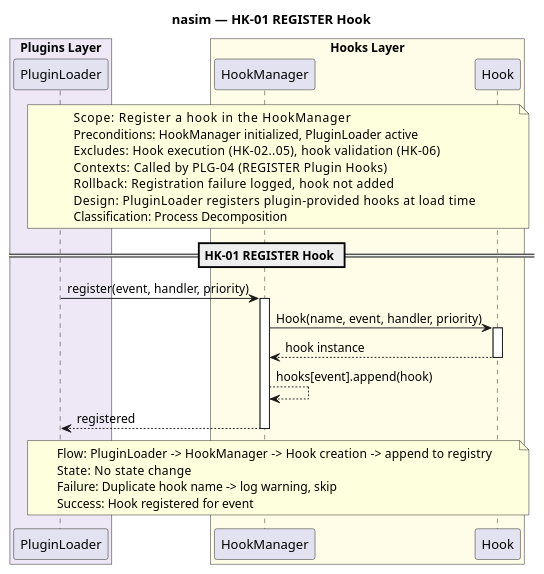
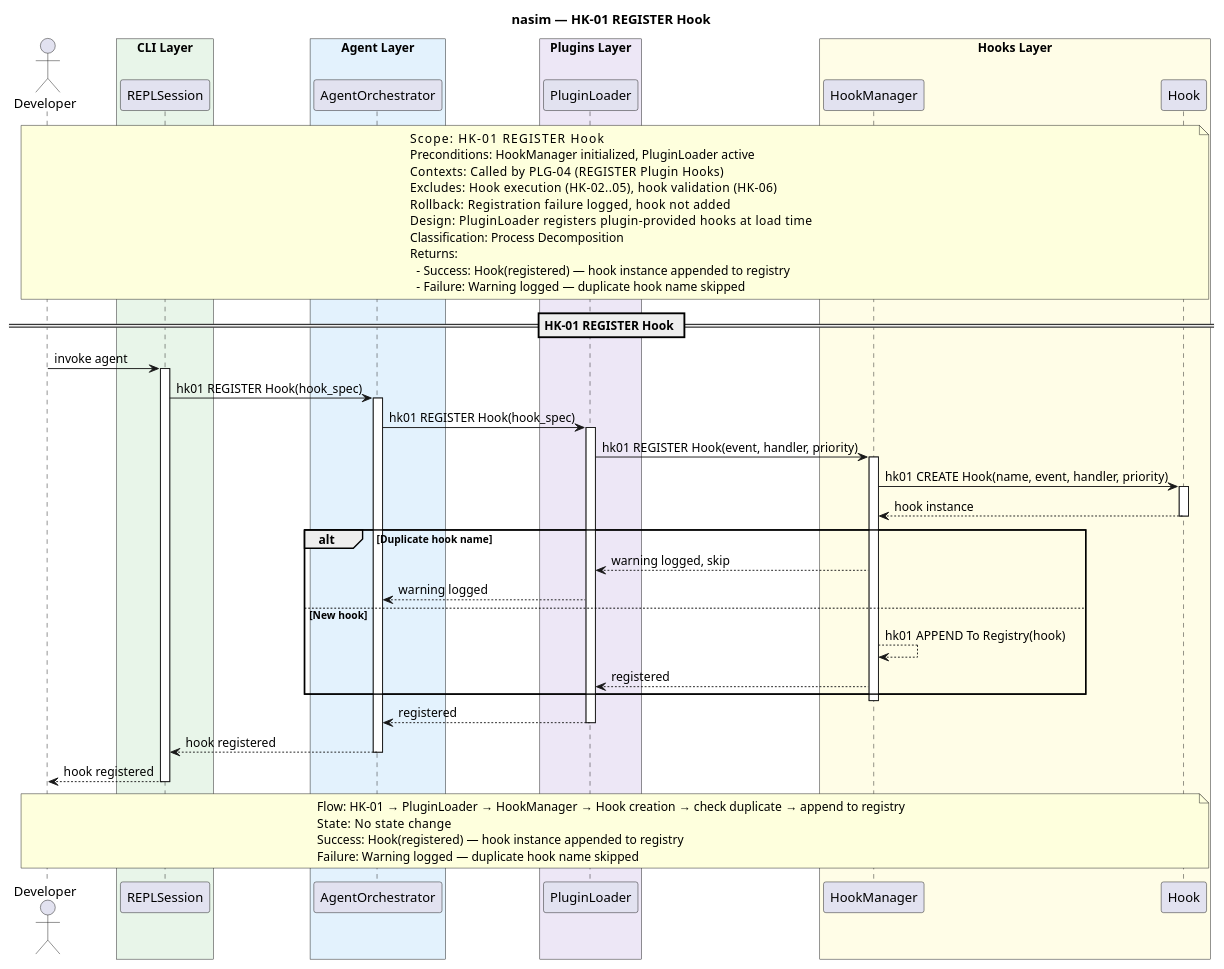
Before and after one commit to salimnamvar/nasim: the diagram in docs/SQ/HK/sq_hk01_register_hook.puml, drawn with PlantUML. The commit also changed 148 other files, not shown here.

```diff
--- a/docs/SQ/HK/sq_hk01_register_hook.puml
+++ b/docs/SQ/HK/sq_hk01_register_hook.puml
@@ -1,51 +1,81 @@
 @startuml sq_hk01_register_hook
 ' ============================================================
 ' Title:     HK-01 — REGISTER Hook
 ' Boundary:  nasim code agent
 ' Purpose:   Register a hook in the HookManager
 ' Milestone: v1.0
-' Version:   2.0.0
+' Version:   3.0.0
 ' Source:    docs/UC/README.md
 ' Review:    docs/SQ/README.md
 ' ============================================================
 
 title nasim — HK-01 REGISTER Hook
 
+actor "Developer" as user
+
+box "CLI Layer" #E8F5E9
+  participant "REPLSession" as repl
+end box
+box "Agent Layer" #E3F2FD
+  participant "AgentOrchestrator" as agent
+end box
 box "Plugins Layer" #EDE7F6
   participant "PluginLoader" as loader
 end box
 box "Hooks Layer" #FFFDE7
   participant "HookManager" as hooks
   participant "Hook" as hook
 end box
 
-note over loader, hook
-  Scope:          Register a hook in the HookManager
+note over user, hook
+  Scope:          HK-01 REGISTER Hook
   Preconditions:  HookManager initialized, PluginLoader active
+  Contexts:       Called by PLG-04 (REGISTER Plugin Hooks)
   Excludes:       Hook execution (HK-02..05), hook validation (HK-06)
-  Contexts:       Called by PLG-04 (REGISTER Plugin Hooks)
   Rollback:       Registration failure logged, hook not added
   Design:         PluginLoader registers plugin-provided hooks at load time
   Classification: Process Decomposition
+  Returns:
+    - Success: Hook(registered) — hook instance appended to registry
+    - Failure: Warning logged — duplicate hook name skipped
 end note
 
 == HK-01 REGISTER Hook ==
 
-loader -> hooks : register(event, handler, priority)
+user -> repl : invoke agent
+activate repl
+repl -> agent : hk01 REGISTER Hook(hook_spec)
+activate agent
+agent -> loader : hk01 REGISTER Hook(hook_spec)
+activate loader
+loader -> hooks : hk01 REGISTER Hook(event, handler, priority)
 activate hooks
-hooks -> hook : Hook(name, event, handler, priority)
+hooks -> hook : hk01 CREATE Hook(name, event, handler, priority)
 activate hook
 hook --> hooks : hook instance
 deactivate hook
-hooks --> hooks : hooks[event].append(hook)
-hooks --> loader : registered
+
+alt Duplicate hook name
+    hooks --> loader : warning logged, skip
+    loader --> agent : warning logged
+else New hook
+    hooks --> hooks : hk01 APPEND To Registry(hook)
+    hooks --> loader : registered
+end
 deactivate hooks
 
-note over loader, hook
-  Flow:    PluginLoader -> HookManager -> Hook creation -> append to registry
+loader --> agent : registered
+deactivate loader
+agent --> repl : hook registered
+deactivate agent
+repl --> user : hook registered
+deactivate repl
+
+note over user, hook
+  Flow:    HK-01 → PluginLoader → HookManager → Hook creation → check duplicate → append to registry
   State:   No state change
-  Failure: Duplicate hook name -> log warning, skip
-  Success: Hook registered for event
+  Success: Hook(registered) — hook instance appended to registry
+  Failure: Warning logged — duplicate hook name skipped
 end note
 
 @enduml
```
